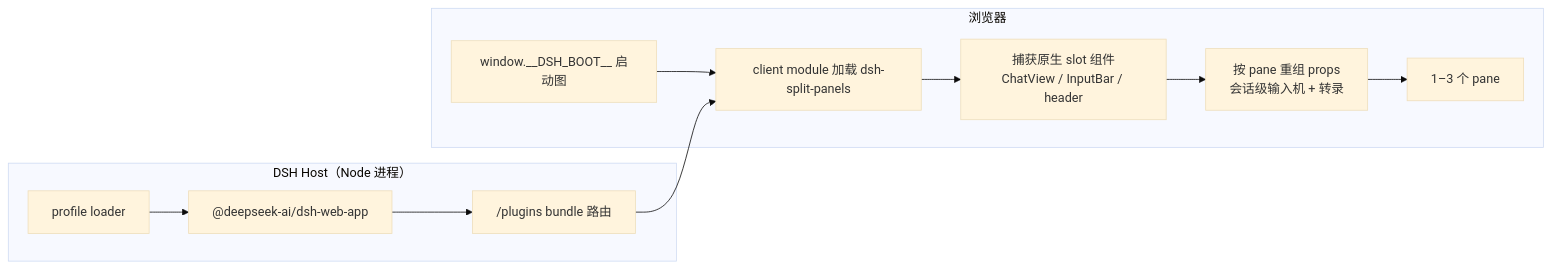
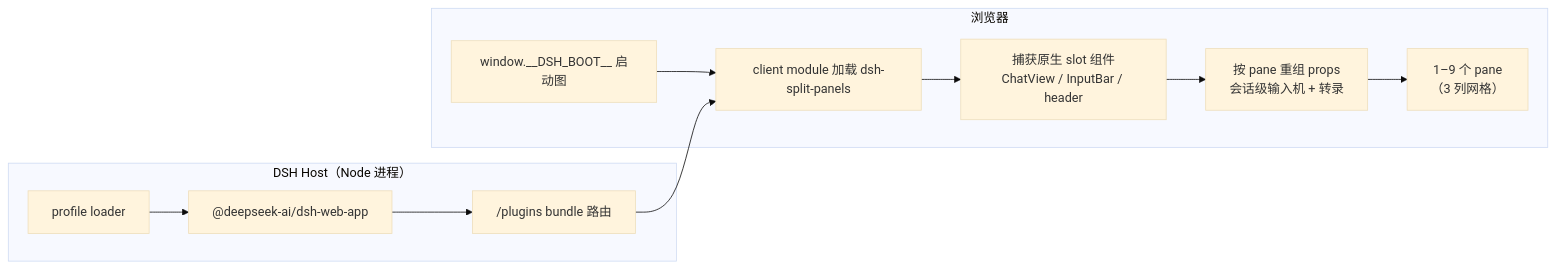
The fourth of 5 diagrams in README.md (HZWzzl/dsh-split-panels), drawn with Mermaid (base theme) before and after one commit. The commit also changed other lines of this file and 3 other files, not shown here.

````diff
--- a/README.md
+++ b/README.md
@@ -99,14 +134,14 @@
 ```mermaid
 flowchart LR
   subgraph HOST["DSH Host（Node 进程）"]
     L["profile loader"] --> WEB["@deepseek-ai/dsh-web-app"]
     WEB --> SRV["/plugins bundle 路由"]
   end
   subgraph BROWSER["浏览器"]
     BOOT["window.__DSH_BOOT__ 启动图"] --> MOD["client module 加载 dsh-split-panels"]
     MOD --> CAP["捕获原生 slot 组件<br/>ChatView / InputBar / header"]
     CAP --> PANE["按 pane 重组 props<br/>会话级输入机 + 转录"]
-    PANE --> UI["1–3 个 pane"]
+    PANE --> UI["1–9 个 pane<br/>（3 列网格）"]
   end
   SRV --> MOD
 ```
````
